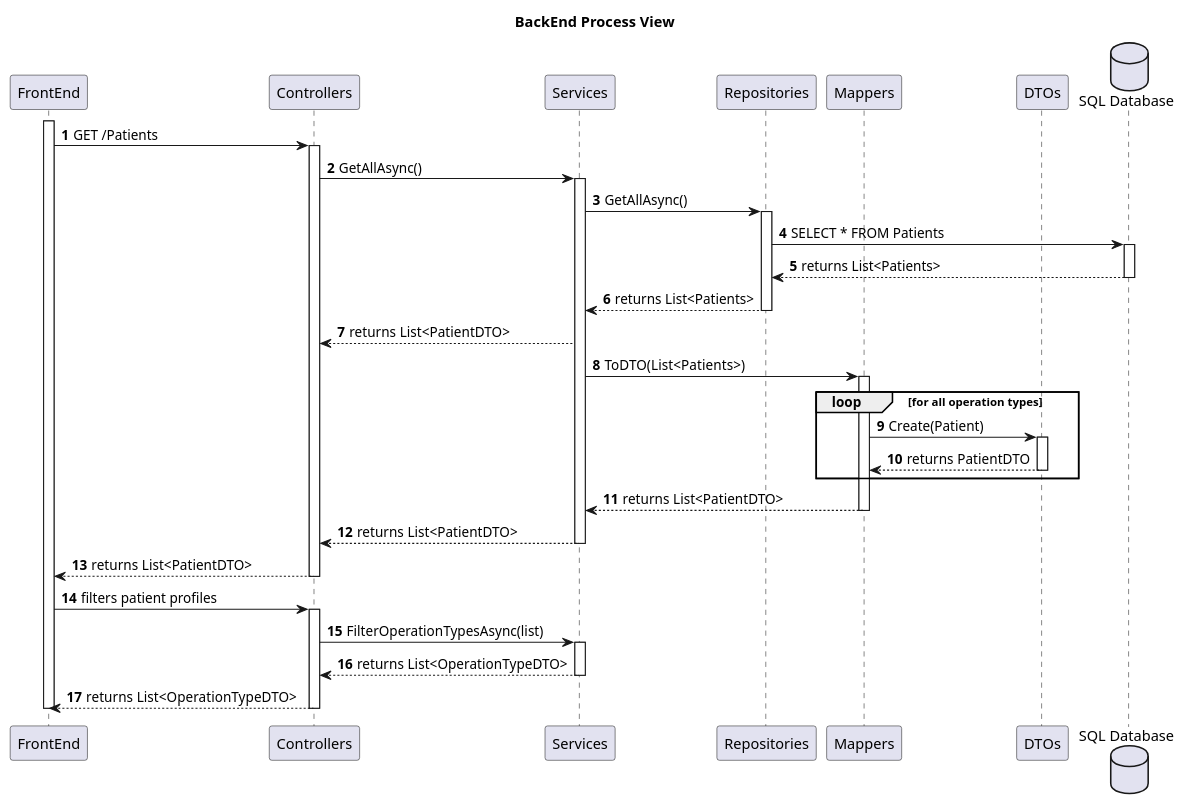
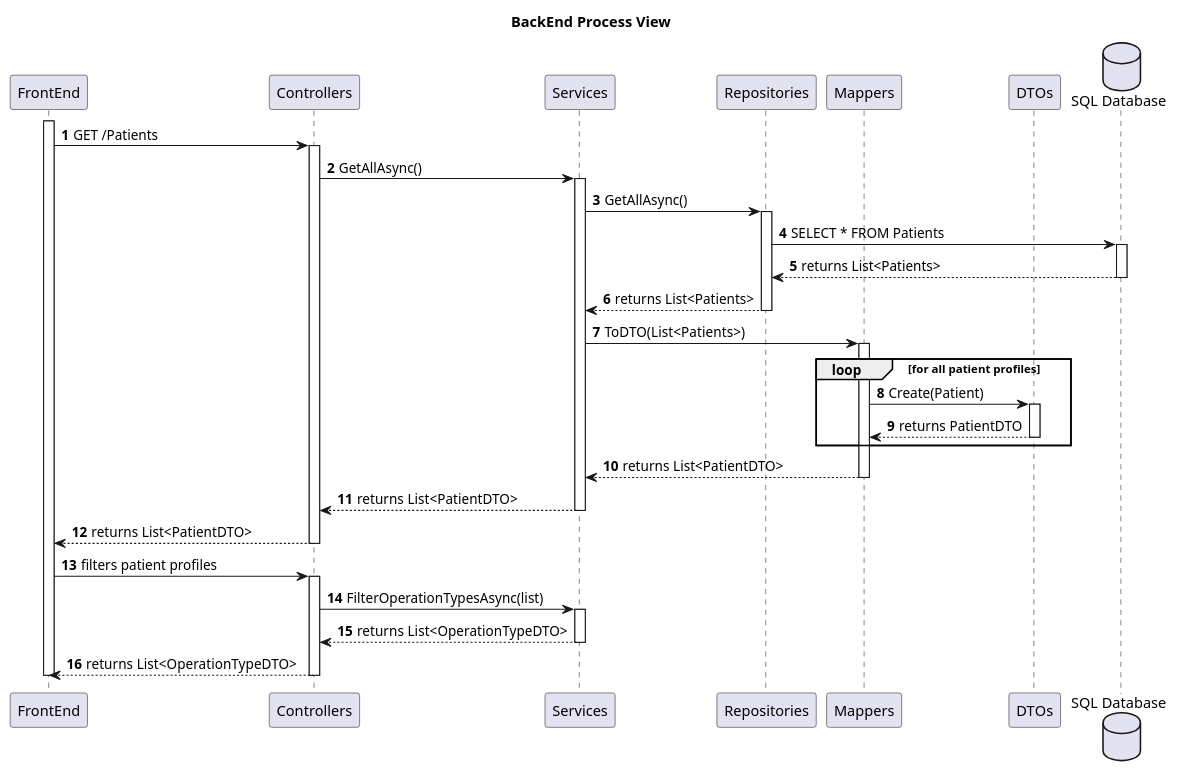
Before and after one commit to MiguelCardoso77/SurgicalSync-BackEnd: the diagram in docs/SprintA/16-list-patient-profiles/level3/backend-process-view.puml, drawn with PlantUML. The commit also changed 1 other file, not shown here.

Commit message:
#11  - Documentation - List Patient Profiles - updated level3

```diff
--- a/docs/SprintA/16-list-patient-profiles/level3/backend-process-view.puml
+++ b/docs/SprintA/16-list-patient-profiles/level3/backend-process-view.puml
@@ -1,69 +1,67 @@
  @startuml
 autonumber
 
 title BackEnd Process View
 
 participant "FrontEnd" as FE
 participant "Controllers" as CN
 participant "Services" as SV
 participant "Repositories" as REPO
 participant "Mappers" as MP
 participant "DTOs" as DTO
 database "SQL Database" as SQL
 
 activate FE
 
     FE -> CN : GET /Patients
     activate CN
         
         CN -> SV : GetAllAsync()
         activate SV
         
             SV -> REPO : GetAllAsync()
             activate REPO
             
                 REPO -> SQL : SELECT * FROM Patients
                 activate SQL
                 
                     SQL --> REPO : returns List<Patients>
                 deactivate SQL
             
                 REPO --> SV : returns List<Patients>
             deactivate REPO
-            
-            SV --> CN : returns List<PatientDTO>
-        
+                    
             SV -> MP : ToDTO(List<Patients>)
             activate MP   
-loop for all operation types
+loop for all patient profiles
                 MP -> DTO : Create(Patient)
                 activate DTO
                 
                     DTO --> MP : returns PatientDTO
                 deactivate DTO
 end loop
                   
                 MP --> SV : returns List<PatientDTO>
             deactivate MP
             
             SV --> CN : returns List<PatientDTO>
         deactivate SV
         
         CN --> FE : returns List<PatientDTO>  
     deactivate CN
     
     FE -> CN : filters patient profiles
     activate CN 
     
         CN -> SV : FilterOperationTypesAsync(list)
         activate SV
         
             SV --> CN : returns List<OperationTypeDTO>
         deactivate SV
         
         CN --> FE : returns List<OperationTypeDTO>
     deactivate CN
 
 deactivate FE
 
 @enduml
```
